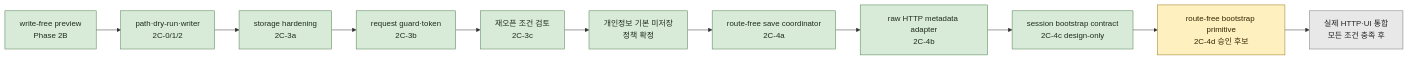
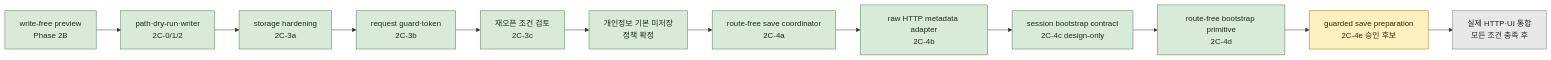
One commit to 1412moo/jarvis-core changed the second of 2 diagrams in docs/master-plan.md. Above: the diagram before and after it, drawn with Mermaid. The commit also changed other lines of this file and 4 other files, not shown here.

````diff
--- a/docs/master-plan.md
+++ b/docs/master-plan.md
@@ -142,20 +142,21 @@
 ```mermaid
 flowchart LR
     A["write-free preview<br/>Phase 2B"] --> B["path·dry-run·writer<br/>2C-0/1/2"]
     B --> C["storage hardening<br/>2C-3a"]
     C --> D["request guard·token<br/>2C-3b"]
     D --> E["재오픈 조건 검토<br/>2C-3c"]
     E --> F["개인정보 기본 미저장<br/>정책 확정"]
     F --> G["route-free save coordinator<br/>2C-4a"]
     G --> H["raw HTTP metadata adapter<br/>2C-4b"]
     H --> I["session bootstrap contract<br/>2C-4c design-only"]
-    I --> J["route-free bootstrap primitive<br/>2C-4d 승인 후보"]
-    J --> K["실제 HTTP·UI 통합<br/>모든 조건 충족 후"]
+    I --> J["route-free bootstrap primitive<br/>2C-4d"]
+    J --> K["guarded save preparation<br/>2C-4e 승인 후보"]
+    K --> L["실제 HTTP·UI 통합<br/>모든 조건 충족 후"]
 
     classDef done fill:#d8ead8,stroke:#4d7d4d,color:#1f2d1f;
     classDef current fill:#fff0bf,stroke:#9b7412,color:#332600;
     classDef future fill:#e8e8e8,stroke:#777,color:#222;
-    class A,B,C,D,E,F,G,H,I done;
-    class J current;
-    class K future;
+    class A,B,C,D,E,F,G,H,I,J done;
+    class K current;
+    class L future;
 ```
````
